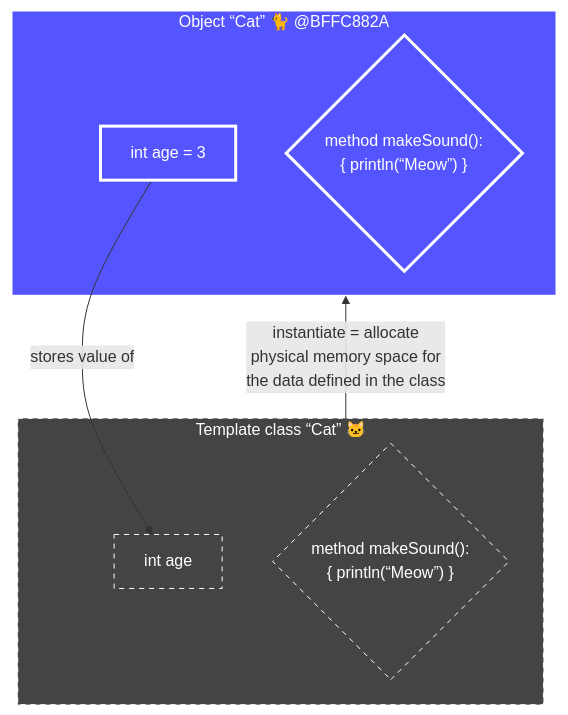
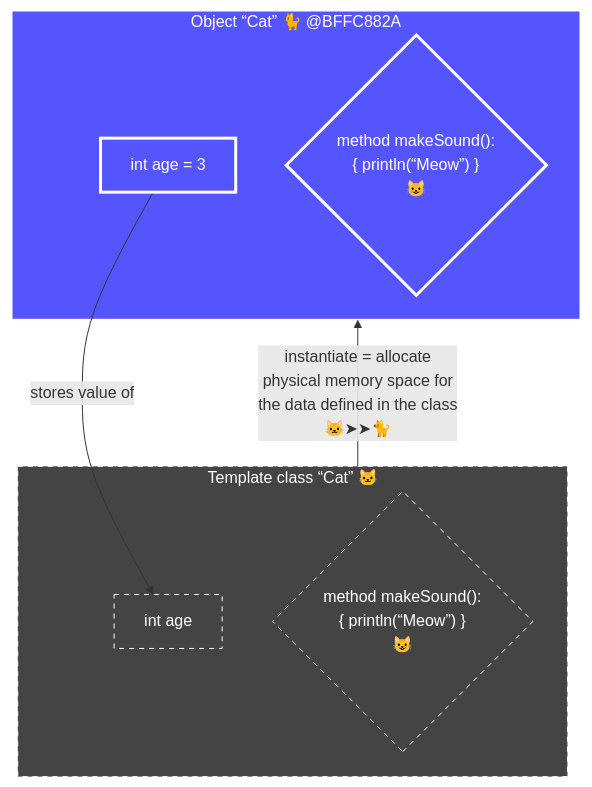
Before and after one commit to realityexpander/How_to_program_from_ground_up: the first of 6 diagrams in 09-ClassOrientedProgramming.md, drawn with Mermaid. The commit also changed other lines of this file and 1 other file, not shown here.

````diff
--- a/09-ClassOrientedProgramming.md
+++ b/09-ClassOrientedProgramming.md
@@ -64,32 +64,34 @@
       ```mermaid
          flowchart TB
          
          subgraph catObject["Object “Cat” 🐈 @BFFC882A"]
               catObjectAgeInt["int age = 3"] 
               catObjectMakeSoundMethodFunctionPointer{"method makeSound(): 
                                                        { println(“Meow”) }
-                                                     "}
+                                                     😺"}
          end
          subgraph catClass["Template class “Cat” 🐱"]
             catClassAgeInt["int age"]
             catClassMakeSoundMethodFunctionPointer{"method makeSound():
                                                       { println(“Meow”) }
-                                                 "}
+                                                 😺"}
          end
          catClass -- "
             instantiate = allocate 
             physical memory space for 
             the data defined in the class
+            🐱➤➤🐈
+      
          " --> catObject:::Object
          
          catObjectAgeInt -- stores value of --> catClassAgeInt
          
          style catClass fill:#444, stroke:#FFF, stroke-width:1px, color:#FFF, stroke-dasharray: 5 5
          style catClassAgeInt fill:#444, stroke:#FFF, stroke-width:1px, color:#FFF, stroke-dasharray: 5 5
          style catClassMakeSoundMethodFunctionPointer fill:#444, stroke:#FFF, stroke-width:1px, color:#FFF, stroke-dasharray: 5 5 
          
          classDef Object fill:#55F, stroke:#FFF, stroke-width:3px, color:#fff
          style catObjectAgeInt fill:#55F, stroke:#FFF, stroke-width:3px, color:#fff
          style catObjectMakeSoundMethodFunctionPointer fill:#55F, stroke:#FFF, stroke-width:3px, color:#fff 
        
       ```
````
